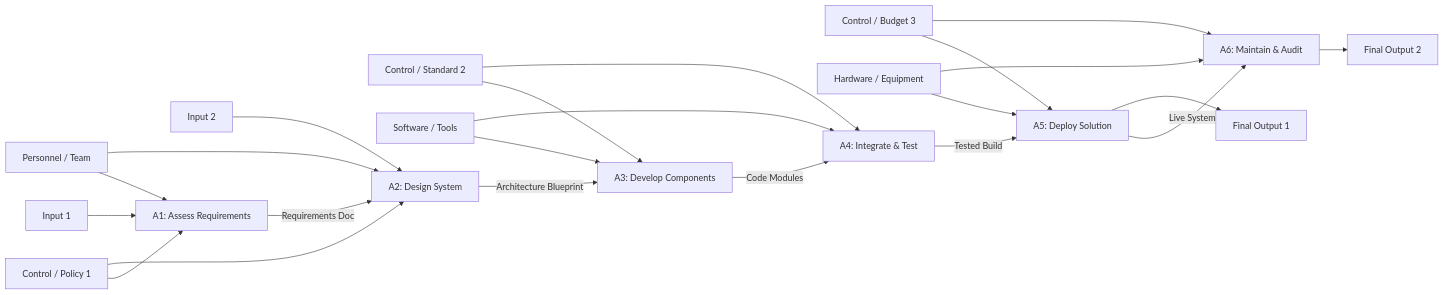
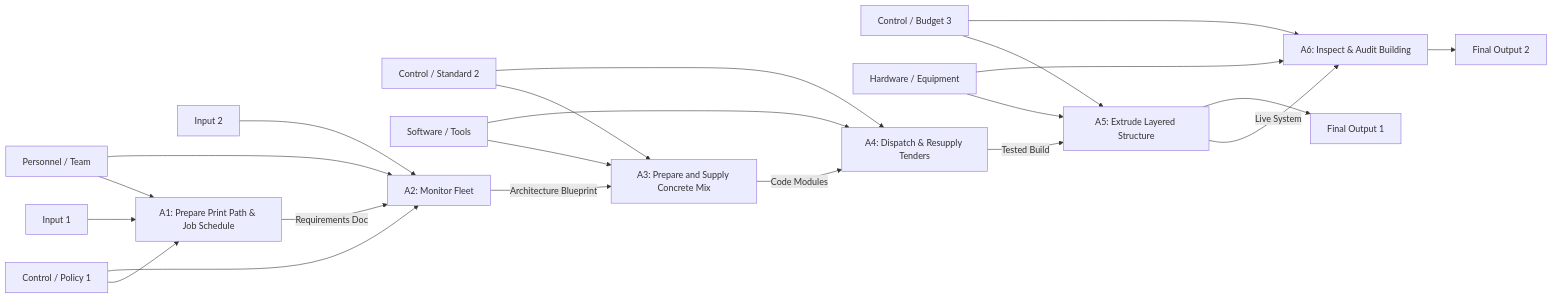
The second of 2 diagrams in README.md (jbacenty-creator/MMET-491-IDEF0), drawn with Mermaid before and after one commit.

````diff
--- a/README.md
+++ b/README.md
@@ -26,49 +26,49 @@
 ```mermaid
 flowchart LR
     I1[Input 1]
     I2[Input 2]
 
     C1[Control / Policy 1]
     C2[Control / Standard 2]
     C3[Control / Budget 3]
 
     M1[Personnel / Team]
     M2[Software / Tools]
     M3[Hardware / Equipment]
 
     O1[Final Output 1]
     O2[Final Output 2]
 
-    A1[A1: Assess Requirements]
-    A2[A2: Design System]
-    A3[A3: Develop Components]
-    A4[A4: Integrate & Test]
-    A5[A5: Deploy Solution]
-    A6[A6: Maintain & Audit]
+    A1[A1: Prepare Print Path & Job Schedule]
+    A2[A2: Monitor Fleet]
+    A3[A3: Prepare and Supply Concrete Mix]
+    A4[A4: Dispatch & Resupply Tenders]
+    A5[A5: Extrude Layered Structure]
+    A6[A6: Inspect & Audit Building]
 
     I1 --> A1
     I2 --> A2
 
     C1 --> A1
     C1 --> A2
     C2 --> A3
     C2 --> A4
     C3 --> A5
     C3 --> A6
 
     M1 --> A1
     M1 --> A2
     M2 --> A3
     M2 --> A4
     M3 --> A5
     M3 --> A6
 
     A1 -->|Requirements Doc| A2
     A2 -->|Architecture Blueprint| A3
     A3 -->|Code Modules| A4
     A4 -->|Tested Build| A5
     A5 -->|Live System| A6
 
     A5 --> O1
     A6 --> O2
 ```
````
